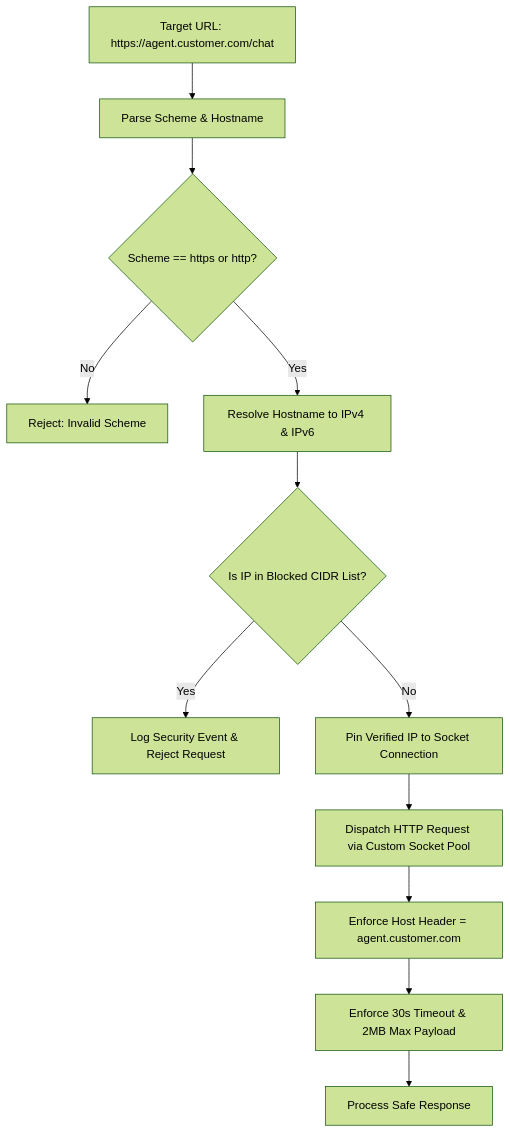
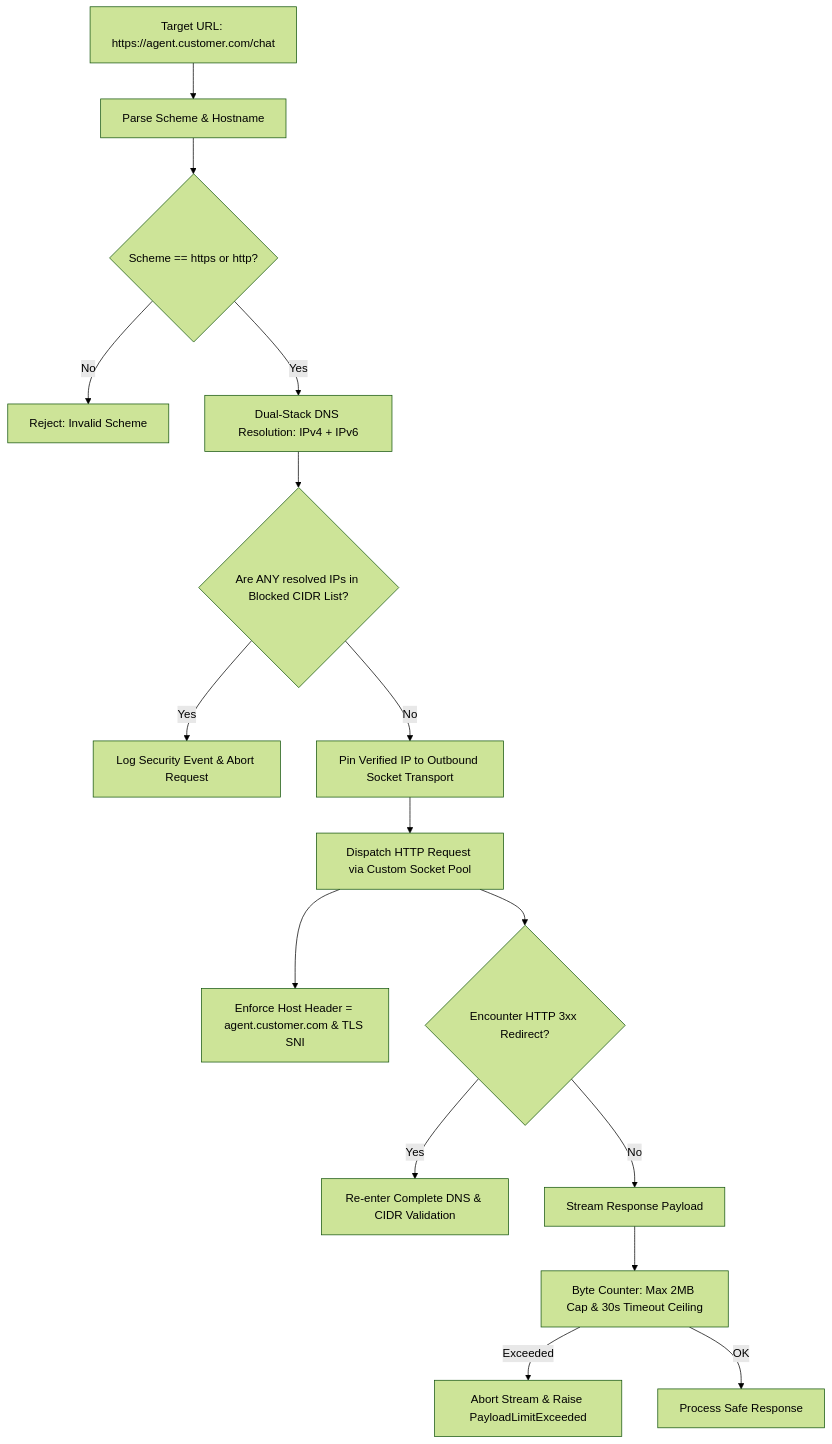
Before and after one commit to sanchit-yadav/AgentGuard-AI: the diagram in docs/SECURITY_DESIGN.md, drawn with Mermaid (forest theme). The commit also changed other lines of this file and 8 other files, not shown here.

Commit message:
docs(refinement): update Phase 0 architecture, schemas, and security specifications

````diff
--- a/docs/SECURITY_DESIGN.md
+++ b/docs/SECURITY_DESIGN.md
@@ -44,16 +46,21 @@
 ```mermaid
 flowchart TD
     UserURL["Target URL: https://agent.customer.com/chat"] --> Parse[Parse Scheme & Hostname]
     Parse --> CheckScheme{Scheme == https or http?}
     CheckScheme -->|No| RejectScheme[Reject: Invalid Scheme]
-    CheckScheme -->|Yes| ResolveDNS[Resolve Hostname to IPv4 & IPv6]
+    CheckScheme -->|Yes| ResolveDNS[Dual-Stack DNS Resolution: IPv4 + IPv6]
     
-    ResolveDNS --> CheckIP{Is IP in Blocked CIDR List?}
-    CheckIP -->|Yes| LogAlert[Log Security Event & Reject Request]
-    CheckIP -->|No| PinDNS[Pin Verified IP to Socket Connection]
+    ResolveDNS --> CheckIP{Are ANY resolved IPs in Blocked CIDR List?}
+    CheckIP -->|Yes| LogAlert[Log Security Event & Abort Request]
+    CheckIP -->|No| PinDNS[Pin Verified IP to Outbound Socket Transport]
     
     PinDNS --> Dispatch[Dispatch HTTP Request via Custom Socket Pool]
-    Dispatch --> SetHeaders[Enforce Host Header = agent.customer.com]
-    SetHeaders --> EnforceLimits[Enforce 30s Timeout & 2MB Max Payload]
-    EnforceLimits --> AgentResponse[Process Safe Response]
+    Dispatch --> SetHeaders[Enforce Host Header = agent.customer.com & TLS SNI]
+    Dispatch --> HandleRedirect{Encounter HTTP 3xx Redirect?}
+    HandleRedirect -->|Yes| ReValidate[Re-enter Complete DNS & CIDR Validation]
+    HandleRedirect -->|No| StreamPayload[Stream Response Payload]
+    
+    StreamPayload --> EnforceLimits[Byte Counter: Max 2MB Cap & 30s Timeout Ceiling]
+    EnforceLimits -->|Exceeded| AbortStream[Abort Stream & Raise PayloadLimitExceeded]
+    EnforceLimits -->|OK| AgentResponse[Process Safe Response]
 ```
````
